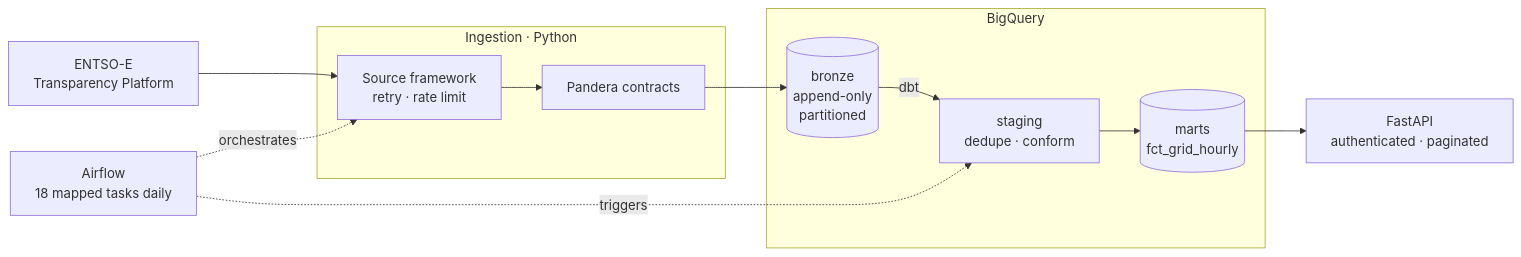
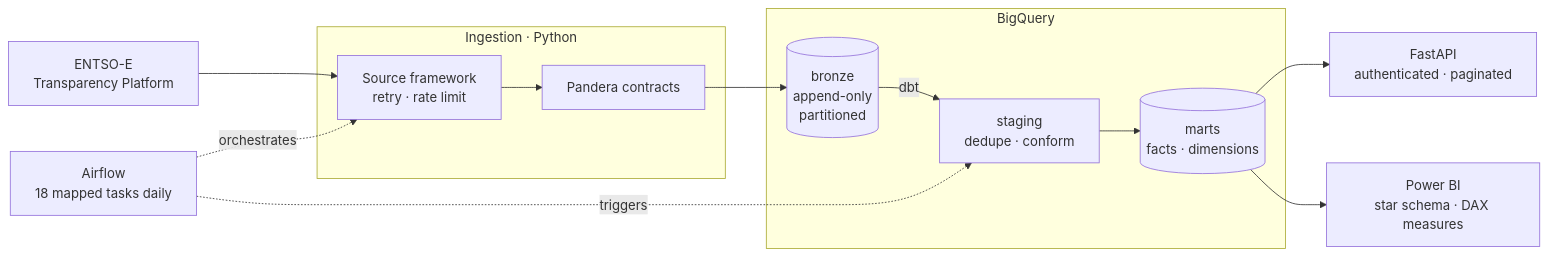
Before and after one commit to suhasnu/entsoe-data-platform: the diagram in README.md, drawn with Mermaid. The commit also changed other lines of this file and 2 other files, not shown here.

Commit message:
added screenshot of power-bi report page 3 to README

````diff
--- a/README.md
+++ b/README.md
@@ -9,24 +9,26 @@
 ```mermaid
 flowchart LR
     E[ENTSO-E<br/>Transparency Platform]
 
     subgraph ingest[Ingestion · Python]
         S[Source framework<br/>retry · rate limit]
         V[Pandera contracts]
     end
 
     subgraph bq[BigQuery]
         B[(bronze<br/>append-only<br/>partitioned)]
         ST[staging<br/>dedupe · conform]
-        M[(marts<br/>fct_grid_hourly)]
+        M[(marts<br/>facts · dimensions)]
+    end
 
-    end
-    
     API[FastAPI<br/>authenticated · paginated]
+    PBI[Power BI<br/>star schema · DAX measures]
     A[Airflow<br/>18 mapped tasks daily]
 
     E --> S --> V --> B
-    B -->|dbt| ST --> M --> API
+    B -->|dbt| ST --> M
+    M --> API
+    M --> PBI
     A -.orchestrates.-> S
     A -.triggers.-> ST
 ```
````
